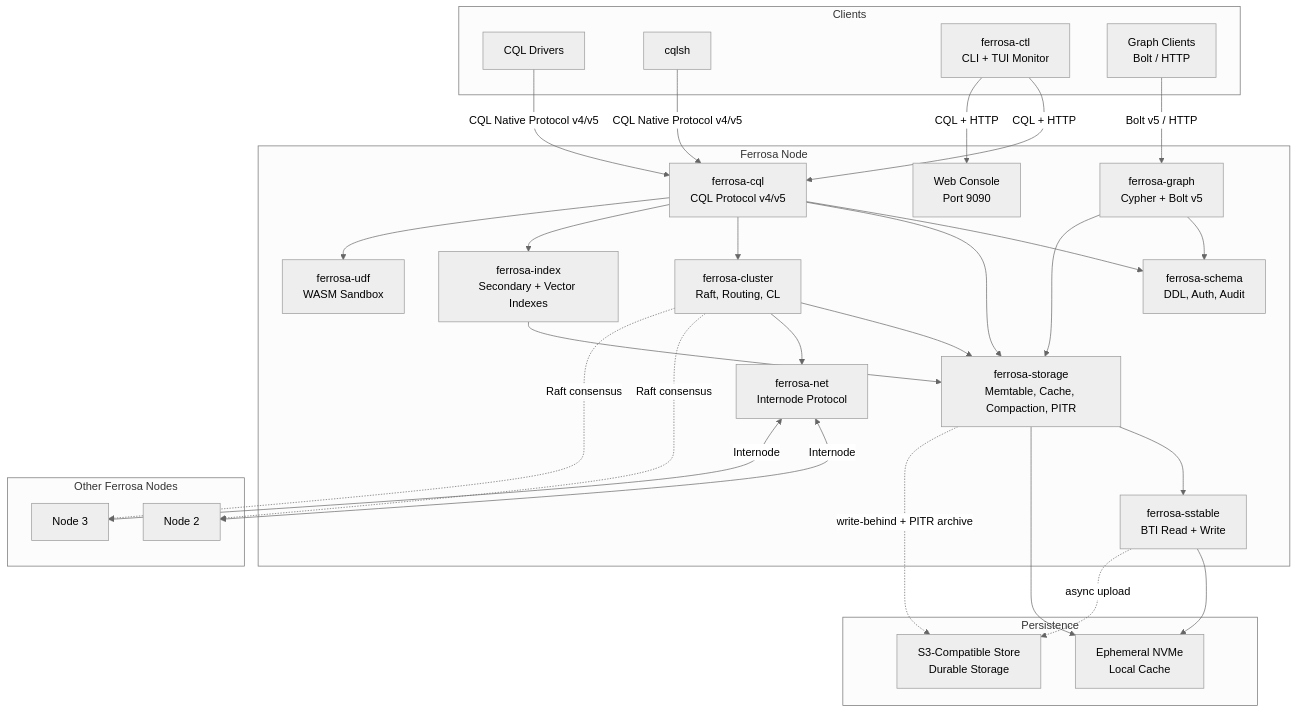
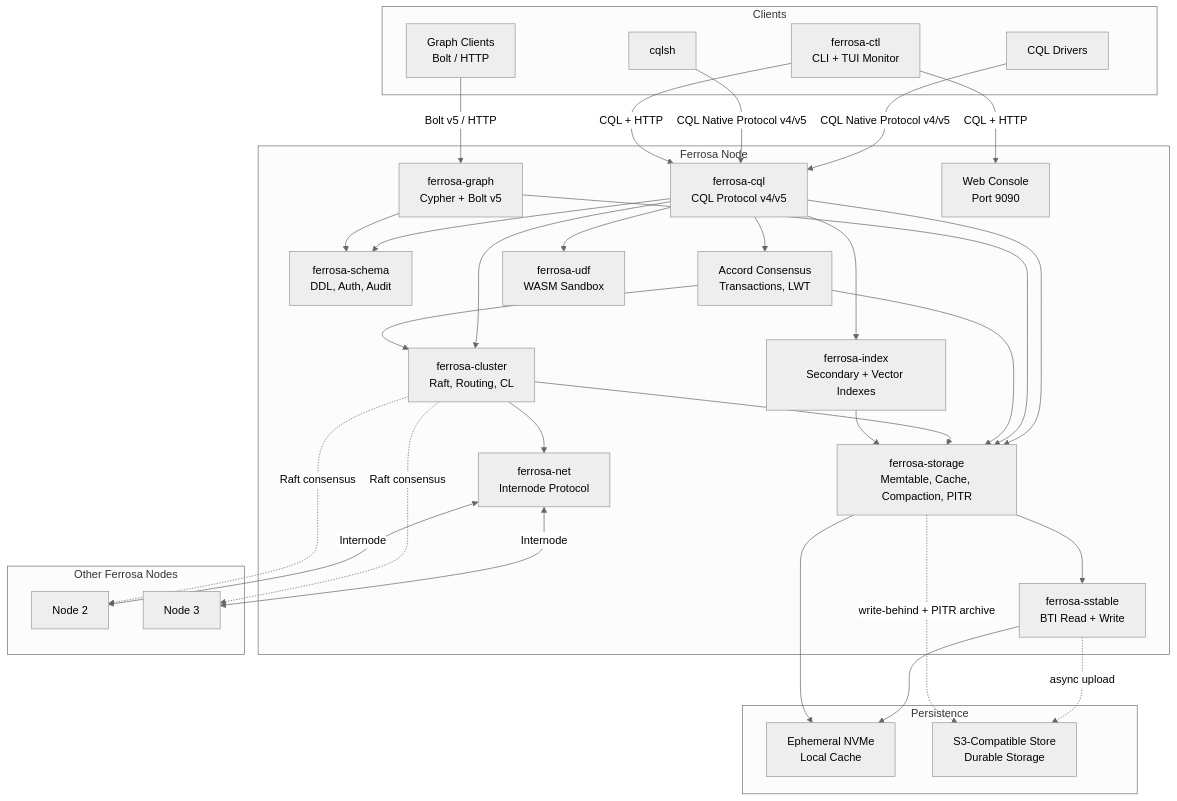
The first of 2 diagrams in specs/overview.md (ferrosadb/ferrosa), drawn with Mermaid (neutral theme) before and after one commit. The commit also changed other lines of this file and 8 other files, not shown here.

First line of the commit message:
docs(specs): update architecture specs for Accord transaction completion

````diff
--- a/specs/overview.md
+++ b/specs/overview.md
@@ -12,53 +12,57 @@
 ```mermaid
 graph TB
     subgraph Clients
         D1[CQL Drivers]
         D2[cqlsh]
         D3[ferrosa-ctl<br/>CLI + TUI Monitor]
         D4[Graph Clients<br/>Bolt / HTTP]
     end
 
     subgraph "Ferrosa Node"
         CQL[ferrosa-cql<br/>CQL Protocol v4/v5]
         Graph[ferrosa-graph<br/>Cypher + Bolt v5]
         Schema[ferrosa-schema<br/>DDL, Auth, Audit]
         Cluster[ferrosa-cluster<br/>Raft, Routing, CL]
+        Accord[Accord Consensus<br/>Transactions, LWT]
         Index[ferrosa-index<br/>Secondary + Vector Indexes]
         UDF[ferrosa-udf<br/>WASM Sandbox]
         Storage[ferrosa-storage<br/>Memtable, Cache, Compaction, PITR]
         SST[ferrosa-sstable<br/>BTI Read + Write]
         Net[ferrosa-net<br/>Internode Protocol]
         Web[Web Console<br/>Port 9090]
     end
 
     subgraph "Persistence"
         NVMe[Ephemeral NVMe<br/>Local Cache]
         S3[S3-Compatible Store<br/>Durable Storage]
     end
 
     subgraph "Other Ferrosa Nodes"
         N2[Node 2]
         N3[Node 3]
     end
 
     D1 & D2 -->|CQL Native Protocol v4/v5| CQL
     D3 -->|CQL + HTTP| CQL & Web
     D4 -->|Bolt v5 / HTTP| Graph
     CQL --> Schema
     CQL --> Storage
     CQL --> Cluster
+    CQL --> Accord
     CQL --> Index
     CQL --> UDF
     Graph --> Schema
     Graph --> Storage
+    Accord --> Cluster
+    Accord --> Storage
     Cluster --> Storage
     Index --> Storage
     Cluster --> Net
     Storage --> SST
     SST --> NVMe
     SST -.->|async upload| S3
     Storage --> NVMe
     Storage -.->|write-behind + PITR archive| S3
     Net <-->|Internode| N2 & N3
     Cluster -.->|Raft consensus| N2 & N3
 ```
````
